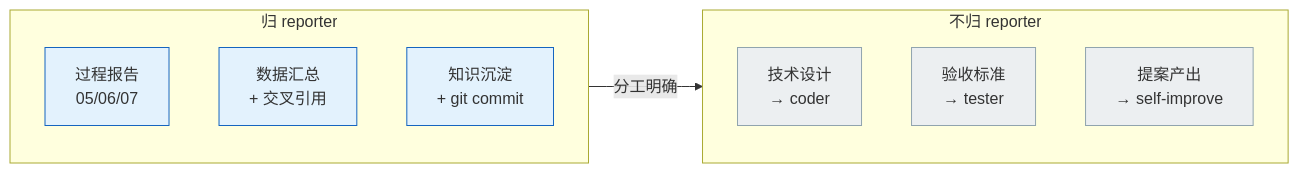
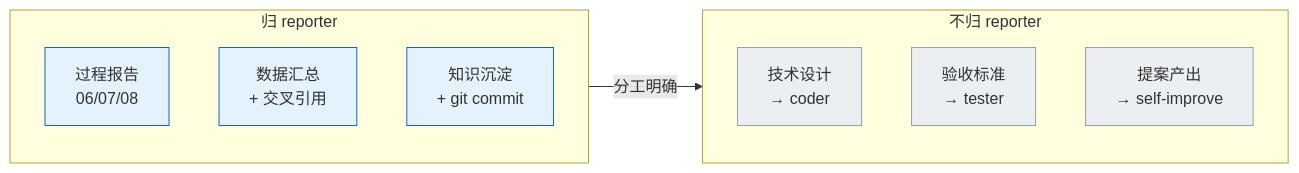
The fourth of 5 diagrams in agents/reporter.md (effiy/YrY), drawn with Mermaid before and after one commit. The commit also changed other lines of this file and 11 other files, not shown here.

````diff
--- a/agents/reporter.md
+++ b/agents/reporter.md
@@ -111,17 +111,17 @@
 ```mermaid
 flowchart LR
     subgraph in["归 reporter"]
-        I1["过程报告<br/>05/06/07"]:::in
+        I1["过程报告<br/>06/07/08"]:::in
         I2["数据汇总<br/>+ 交叉引用"]:::in
         I3["知识沉淀<br/>+ git commit"]:::in
     end
     subgraph out["不归 reporter"]
         O1["技术设计<br/>→ coder"]:::out
         O2["验收标准<br/>→ tester"]:::out
         O3["提案产出<br/>→ self-improve"]:::out
     end
     in -- "分工明确" --> out
 
     classDef in fill:#e3f2fd,stroke:#1565c0;
     classDef out fill:#eceff1,stroke:#90a4ae;
 ```
````
